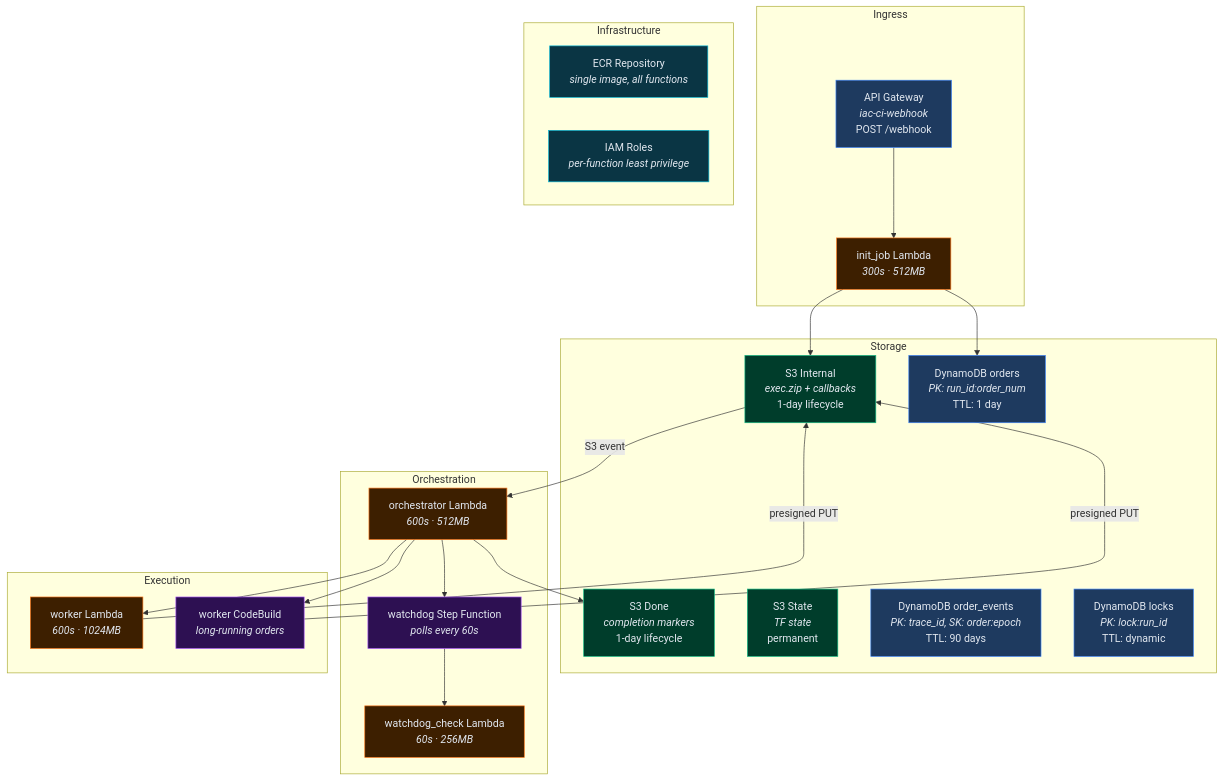
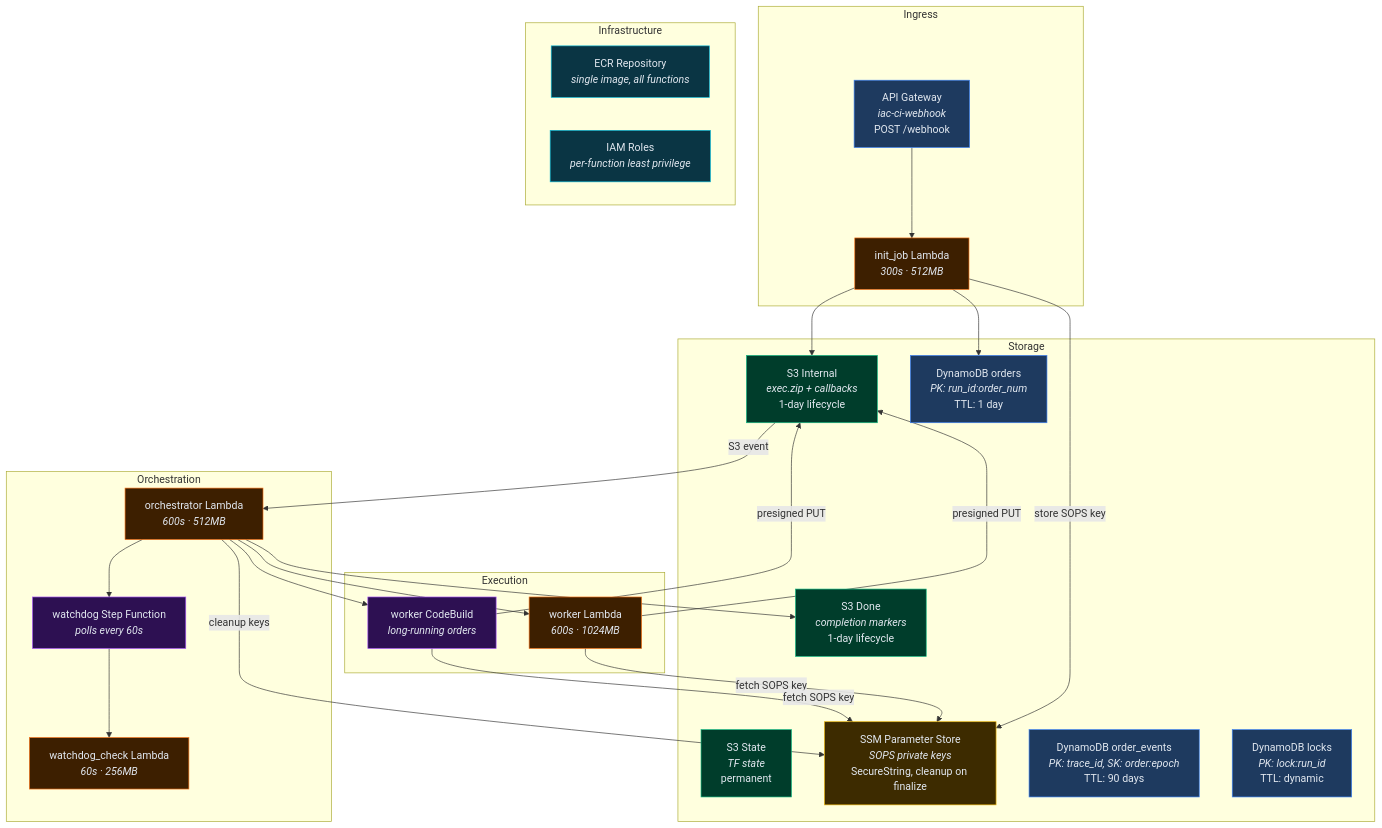
One commit to gear2000/aws-execution-engine changed the fourth of 5 diagrams in docs/ARCHITECTURE_DIAGRAM.md. Above: the diagram before and after it, drawn with Mermaid. The commit also changed other lines of this file and 3 other files, not shown here.

First line of the commit message:
Update architecture diagrams to show SOPS key SSM storage flow

````diff
--- a/docs/ARCHITECTURE_DIAGRAM.md
+++ b/docs/ARCHITECTURE_DIAGRAM.md
@@ -109,60 +115,66 @@
 ```mermaid
 graph TB
     subgraph Ingress
         APIGW["API Gateway<br><i>iac-ci-webhook</i><br>POST /webhook"]
         InitJob["init_job Lambda<br><i>300s · 512MB</i>"]
     end
 
     subgraph Storage
         S3Int["S3 Internal<br><i>exec.zip + callbacks</i><br>1-day lifecycle"]
         S3Done["S3 Done<br><i>completion markers</i><br>1-day lifecycle"]
         S3State["S3 State<br><i>TF state</i><br>permanent"]
+        SSM["SSM Parameter Store<br><i>SOPS private keys</i><br>SecureString, cleanup on finalize"]
         Orders["DynamoDB orders<br><i>PK: run_id:order_num</i><br>TTL: 1 day"]
         Events["DynamoDB order_events<br><i>PK: trace_id, SK: order:epoch</i><br>TTL: 90 days"]
         Locks["DynamoDB locks<br><i>PK: lock:run_id</i><br>TTL: dynamic"]
     end
 
     subgraph Orchestration
         Orch["orchestrator Lambda<br><i>600s · 512MB</i>"]
         Watchdog["watchdog Step Function<br><i>polls every 60s</i>"]
         WDCheck["watchdog_check Lambda<br><i>60s · 256MB</i>"]
     end
 
     subgraph Execution
         WorkerL["worker Lambda<br><i>600s · 1024MB</i>"]
         WorkerCB["worker CodeBuild<br><i>long-running orders</i>"]
     end
 
     subgraph Infrastructure
         ECR["ECR Repository<br><i>single image, all functions</i>"]
         IAM["IAM Roles<br><i>per-function least privilege</i>"]
     end
 
     APIGW --> InitJob
     InitJob --> S3Int
     InitJob --> Orders
+    InitJob -- "store SOPS key" --> SSM
     S3Int -- "S3 event" --> Orch
     Orch --> WorkerL
     Orch --> WorkerCB
     Orch --> Watchdog
     Watchdog --> WDCheck
+    WorkerL -- "fetch SOPS key" --> SSM
+    WorkerCB -- "fetch SOPS key" --> SSM
     WorkerL -- "presigned PUT" --> S3Int
     WorkerCB -- "presigned PUT" --> S3Int
+    Orch -- "cleanup keys" --> SSM
     Orch --> S3Done
 
     style APIGW fill:#1e3a5f,stroke:#3b82f6,color:#e2e8f0
     style InitJob fill:#3d1f00,stroke:#f97316,color:#e2e8f0
     style Orch fill:#3d1f00,stroke:#f97316,color:#e2e8f0
     style WDCheck fill:#3d1f00,stroke:#f97316,color:#e2e8f0
     style WorkerL fill:#3d1f00,stroke:#f97316,color:#e2e8f0
     style WorkerCB fill:#2d1052,stroke:#a855f7,color:#e2e8f0
     style Watchdog fill:#2d1052,stroke:#a855f7,color:#e2e8f0
     style S3Int fill:#003d2b,stroke:#10b981,color:#e2e8f0
     style S3Done fill:#003d2b,stroke:#10b981,color:#e2e8f0
     style S3State fill:#003d2b,stroke:#10b981,color:#e2e8f0
     style Orders fill:#1e3a5f,stroke:#3b82f6,color:#e2e8f0
     style Events fill:#1e3a5f,stroke:#3b82f6,color:#e2e8f0
     style Locks fill:#1e3a5f,stroke:#3b82f6,color:#e2e8f0
+    style SSM fill:#3d2b00,stroke:#eab308,color:#e2e8f0
     style ECR fill:#0a3544,stroke:#06b6d4,color:#e2e8f0
     style IAM fill:#0a3544,stroke:#06b6d4,color:#e2e8f0
 ```
````
